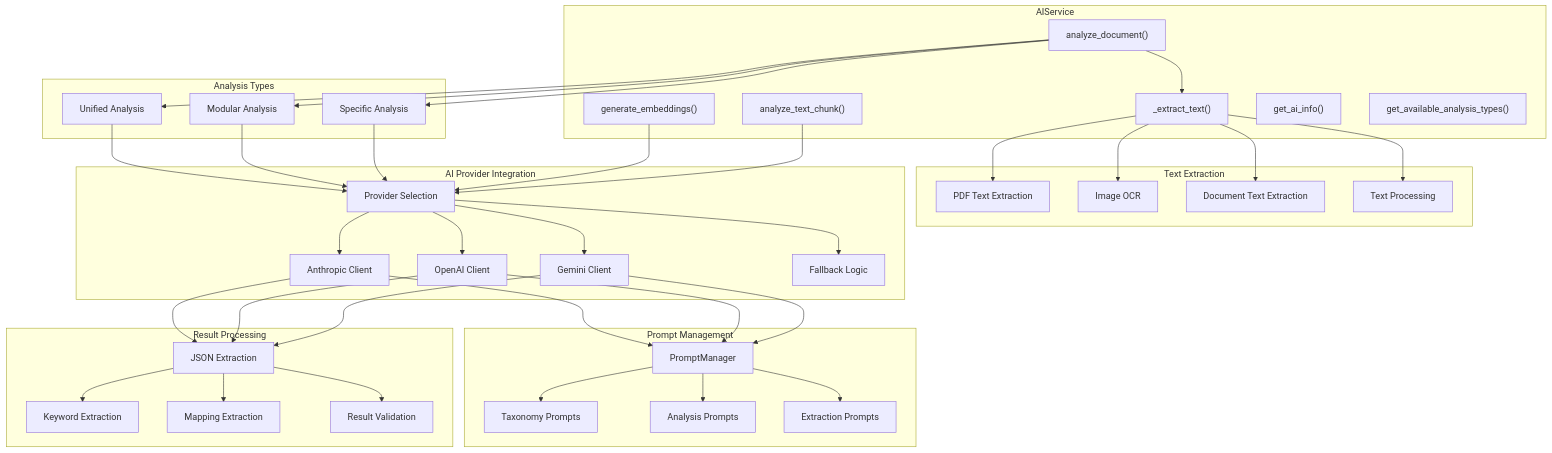
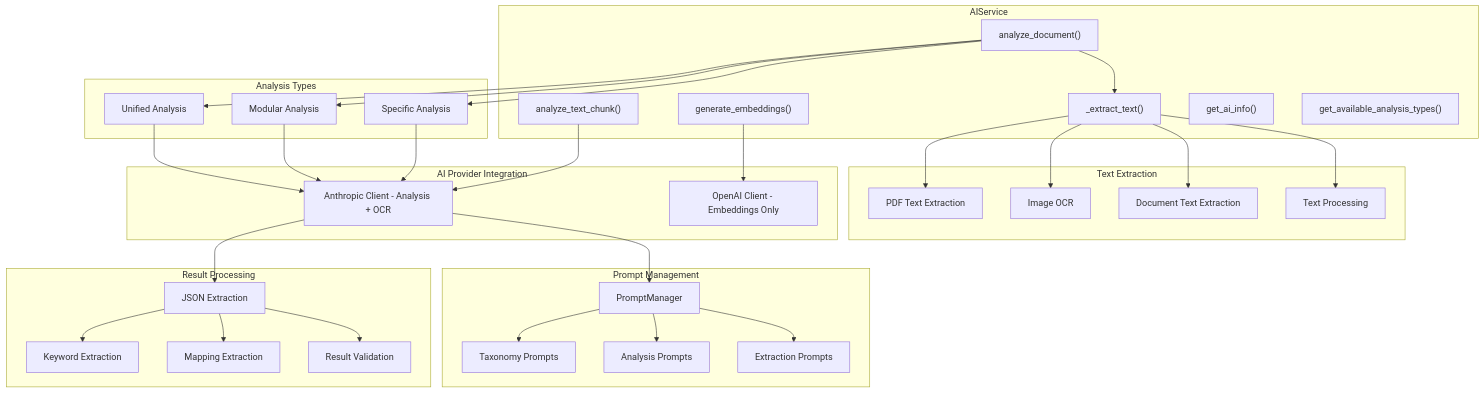
One commit to callum-doty/pc-simple changed the fourth of 11 diagrams in architecture/service_architecture.md. Above: the diagram before and after it, drawn with Mermaid. The commit also changed 13 other files, not shown here.

````diff
--- a/architecture/service_architecture.md
+++ b/architecture/service_architecture.md
@@ -226,11 +226,8 @@
     end
 
     subgraph "AI Provider Integration"
-        ANTHROPIC_CLIENT[Anthropic Client]
-        OPENAI_CLIENT[OpenAI Client]
-        GEMINI_CLIENT[Gemini Client]
-        PROVIDER_SELECTION[Provider Selection]
-        FALLBACK_LOGIC[Fallback Logic]
+        ANTHROPIC_CLIENT[Anthropic Client - Analysis + OCR]
+        OPENAI_CLIENT[OpenAI Client - Embeddings Only]
     end
 
     subgraph "Prompt Management"
@@ -257,31 +254,22 @@
     EXTRACT_TEXT --> DOCUMENT_EXTRACT
     EXTRACT_TEXT --> TEXT_PROCESSING
 
-    UNIFIED --> PROVIDER_SELECTION
-    MODULAR --> PROVIDER_SELECTION
-    SPECIFIC --> PROVIDER_SELECTION
-
-    PROVIDER_SELECTION --> ANTHROPIC_CLIENT
-    PROVIDER_SELECTION --> OPENAI_CLIENT
-    PROVIDER_SELECTION --> GEMINI_CLIENT
-    PROVIDER_SELECTION --> FALLBACK_LOGIC
+    UNIFIED --> ANTHROPIC_CLIENT
+    MODULAR --> ANTHROPIC_CLIENT
+    SPECIFIC --> ANTHROPIC_CLIENT
 
     ANTHROPIC_CLIENT --> PROMPT_MANAGER
-    OPENAI_CLIENT --> PROMPT_MANAGER
-    GEMINI_CLIENT --> PROMPT_MANAGER
 
     PROMPT_MANAGER --> TAXONOMY_PROMPTS
     PROMPT_MANAGER --> ANALYSIS_PROMPTS
     PROMPT_MANAGER --> EXTRACTION_PROMPTS
 
     ANTHROPIC_CLIENT --> JSON_EXTRACTION
-    OPENAI_CLIENT --> JSON_EXTRACTION
-    GEMINI_CLIENT --> JSON_EXTRACTION
 
     JSON_EXTRACTION --> KEYWORD_EXTRACTION
     JSON_EXTRACTION --> MAPPING_EXTRACTION
     JSON_EXTRACTION --> VALIDATION
 
-    GENERATE_EMBEDDINGS --> PROVIDER_SELECTION
-    ANALYZE_CHUNK --> PROVIDER_SELECTION
+    ANALYZE_CHUNK --> ANTHROPIC_CLIENT
+    GENERATE_EMBEDDINGS --> OPENAI_CLIENT
 ```
````
